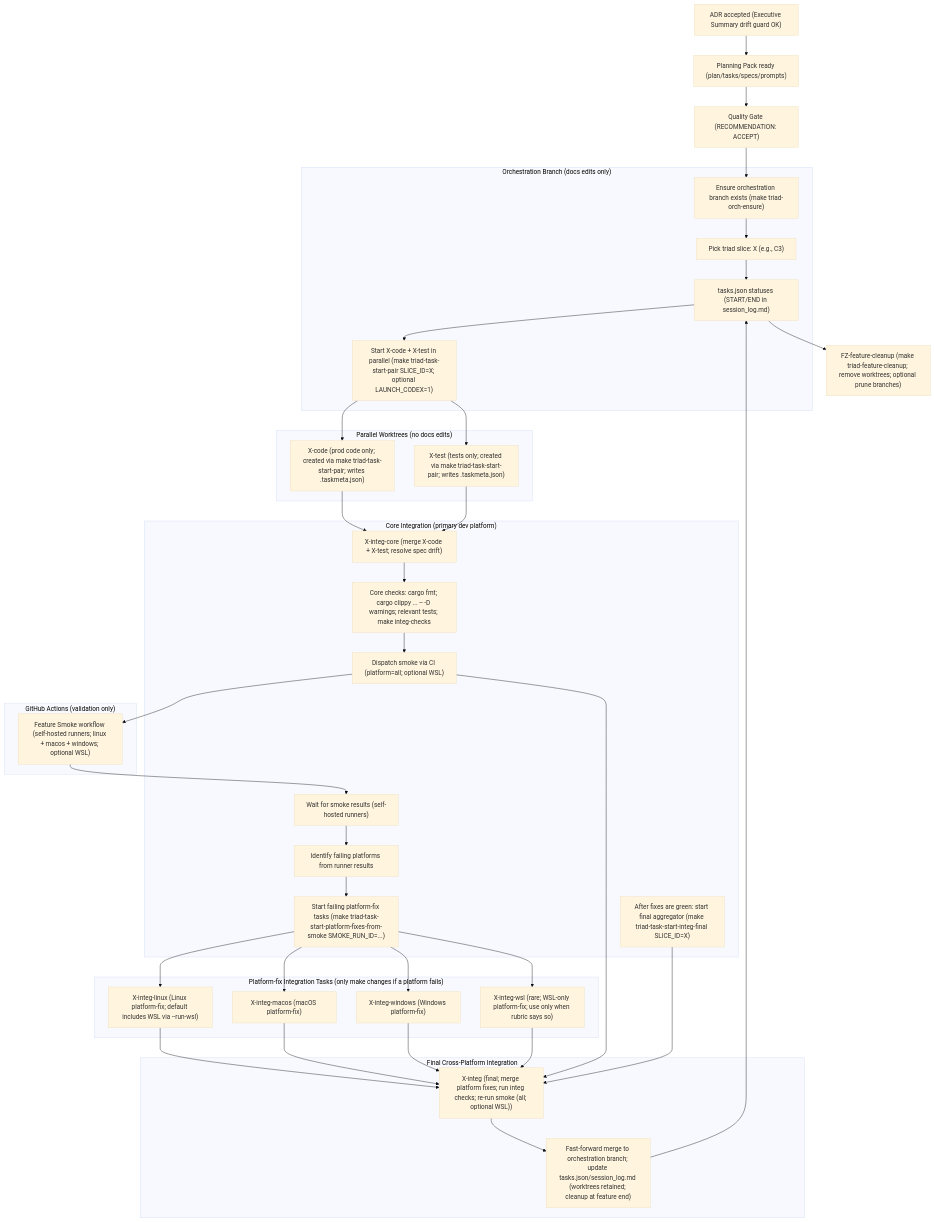
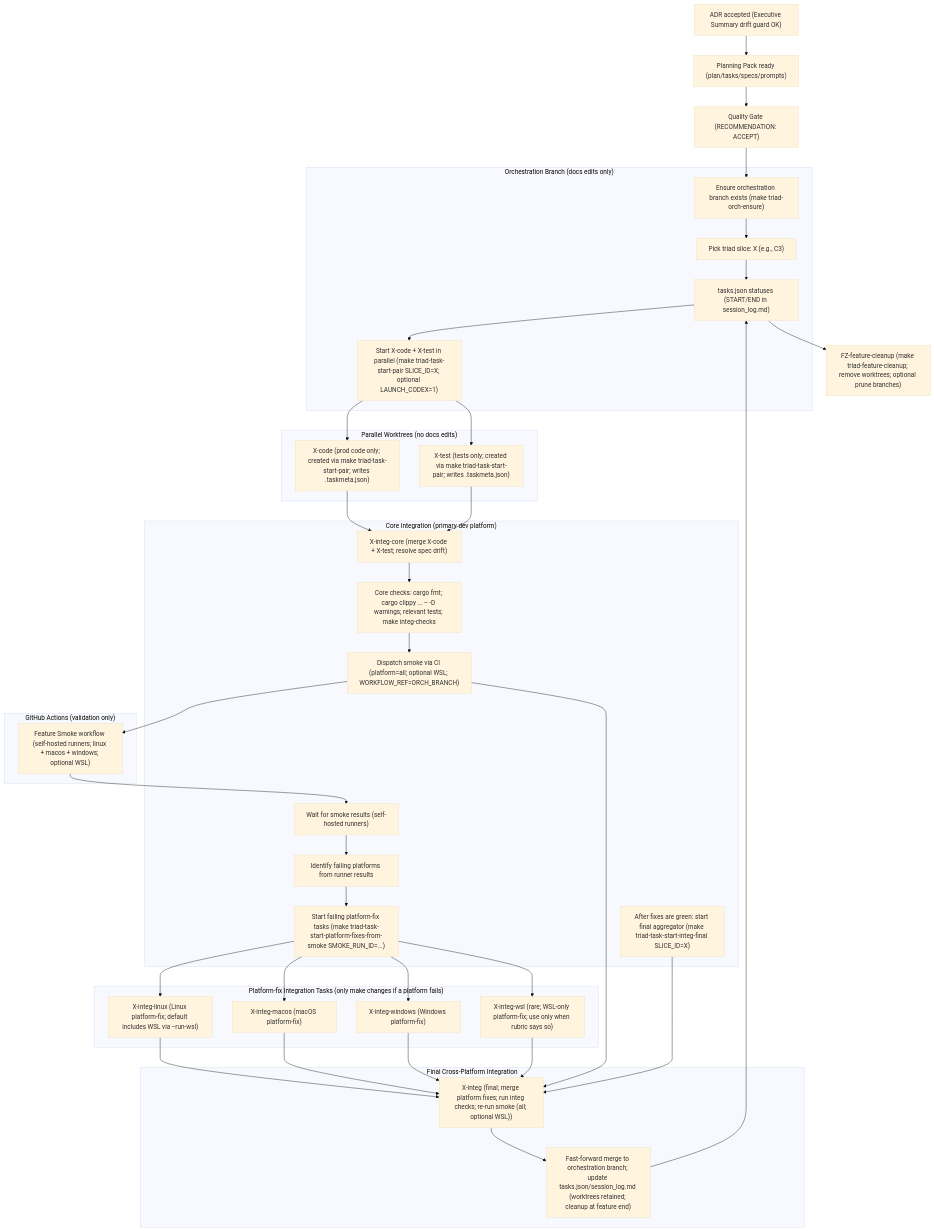
The second of 3 diagrams in docs/project_management/standards/TRIAD_WORKFLOW_CROSS_PLATFORM_INTEG.md (atomize-hq/substrate), drawn with Mermaid (base theme) before and after one commit. The commit also changed other lines of this file and 8 other files, not shown here.

Commit message:
docs: align X-integ-core smoke + platform-fix guidance

````diff
--- a/docs/project_management/standards/TRIAD_WORKFLOW_CROSS_PLATFORM_INTEG.md
+++ b/docs/project_management/standards/TRIAD_WORKFLOW_CROSS_PLATFORM_INTEG.md
@@ -110,79 +110,79 @@
 ```mermaid
 flowchart TD
   %% ======== Inputs / gating ========
   ADR["ADR accepted (Executive Summary drift guard OK)"]
   PACK["Planning Pack ready (plan/tasks/specs/prompts)"]
   GATE["Quality Gate (RECOMMENDATION: ACCEPT)"]
 
   ADR --> PACK --> GATE
 
   %% ======== Triad execution ========
   subgraph ORCH["Orchestration Branch (docs edits only)"]
     ORCH_ENSURE["Ensure orchestration branch exists (make triad-orch-ensure)"]
     START["Pick triad slice: X (e.g., C3)"]
     TASKS["tasks.json statuses (START/END in session_log.md)"]
     START_PAIR["Start X-code + X-test in parallel (make triad-task-start-pair SLICE_ID=X; optional LAUNCH_CODEX=1)"]
   end
 
   GATE --> ORCH_ENSURE --> START --> TASKS --> START_PAIR
 
   subgraph WT["Parallel Worktrees (no docs edits)"]
     CODE["X-code (prod code only; created via make triad-task-start-pair; writes .taskmeta.json)"]
     TEST["X-test (tests only; created via make triad-task-start-pair; writes .taskmeta.json)"]
   end
 
   START_PAIR --> CODE
   START_PAIR --> TEST
 
   subgraph INTEG_CORE["Core Integration (primary dev platform)"]
     CORE["X-integ-core (merge X-code + X-test; resolve spec drift)"]
     CORE_CHECKS["Core checks: cargo fmt; cargo clippy ... -- -D warnings; relevant tests; make integ-checks"]
-    CORE_DISPATCH["Dispatch smoke via CI (platform=all; optional WSL)"]
+    CORE_DISPATCH["Dispatch smoke via CI (platform=all; optional WSL; WORKFLOW_REF=ORCH_BRANCH)"]
     CORE_RESULTS["Wait for smoke results (self-hosted runners)"]
     CORE_IDENTIFY["Identify failing platforms from runner results"]
     CORE_START_PF["Start failing platform-fix tasks (make triad-task-start-platform-fixes-from-smoke SMOKE_RUN_ID=...)"]
     CORE_START_FINAL["After fixes are green: start final aggregator (make triad-task-start-integ-final SLICE_ID=X)"]
   end
 
   CODE --> CORE
   TEST --> CORE
   CORE --> CORE_CHECKS --> CORE_DISPATCH
 
   %% ======== Smoke validation (CI) ========
   subgraph CI["GitHub Actions (validation only)"]
     SMOKE["Feature Smoke workflow (self-hosted runners; linux + macos + windows; optional WSL)"]
   end
 
   CORE_DISPATCH --> SMOKE --> CORE_RESULTS --> CORE_IDENTIFY --> CORE_START_PF
 
   %% ======== Platform-fix tasks (parallel, only if needed) ========
   subgraph PF["Platform-fix Integration Tasks (only make changes if a platform fails)"]
     LNX["X-integ-linux (Linux platform-fix; default includes WSL via --run-wsl)"]
     MAC["X-integ-macos (macOS platform-fix)"]
     WIN["X-integ-windows (Windows platform-fix)"]
     WSL["X-integ-wsl (rare; WSL-only platform-fix; use only when rubric says so)"]
   end
 
   CORE_START_PF --> LNX
   CORE_START_PF --> MAC
   CORE_START_PF --> WIN
   CORE_START_PF --> WSL
 
   %% ======== Final aggregator ========
   subgraph INTEG_FINAL["Final Cross-Platform Integration"]
     FINAL["X-integ (final; merge platform fixes; run integ checks; re-run smoke (all; optional WSL))"]
     MERGE_BACK["Fast-forward merge to orchestration branch; update tasks.json/session_log.md (worktrees retained; cleanup at feature end)"]
   end
 
   LNX --> FINAL
   MAC --> FINAL
   WIN --> FINAL
   WSL --> FINAL
   CORE_DISPATCH --> FINAL
   CORE_START_FINAL --> FINAL
   FINAL --> MERGE_BACK --> TASKS
 
   %% ======== Feature end cleanup ========
   CLEANUP["FZ-feature-cleanup (make triad-feature-cleanup; remove worktrees; optional prune branches)"]
   TASKS --> CLEANUP
 ```
````
